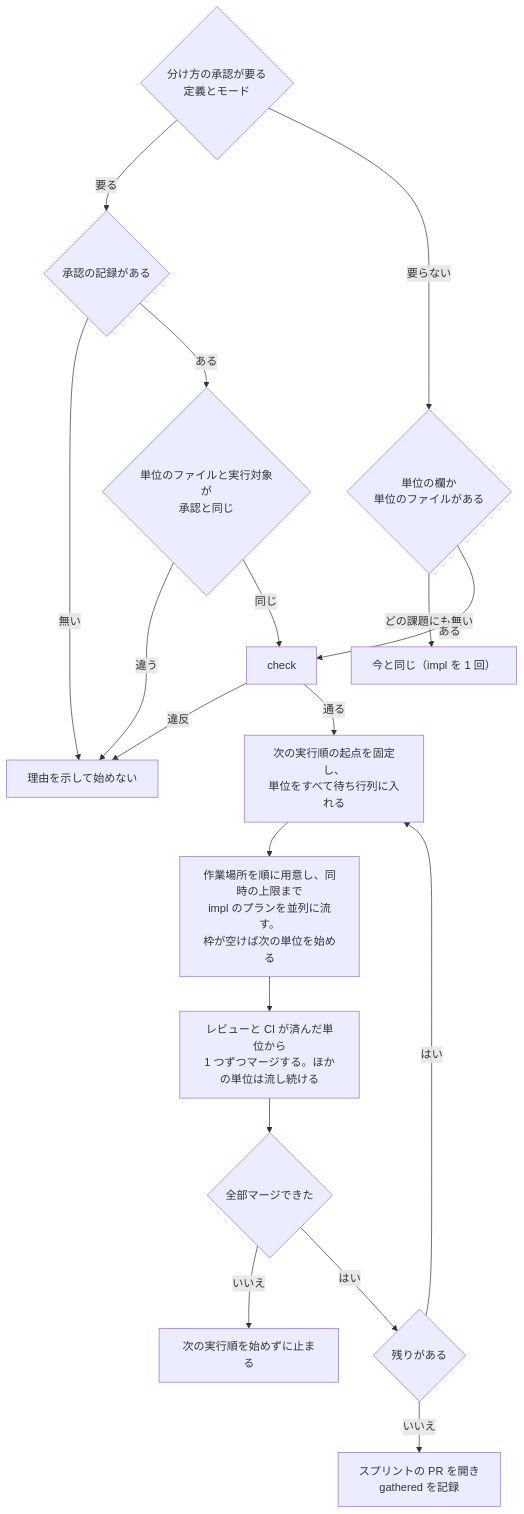
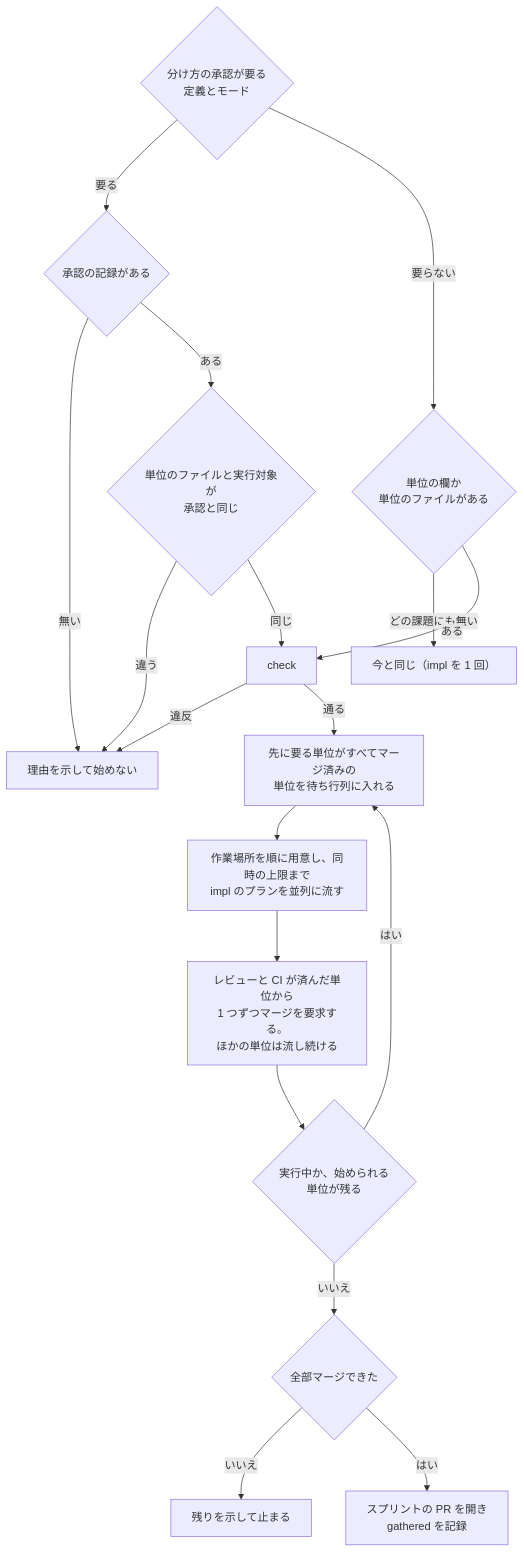
The fourth of 4 diagrams in issues/issue-3702-design.md (devbasex/ai-plugins), drawn with Mermaid before and after one commit. The commit also changed other lines of this file and 3 other files, not shown here.

````diff
--- a/issues/issue-3702-design.md
+++ b/issues/issue-3702-design.md
@@ -275,20 +287,20 @@
 ```mermaid
 flowchart TB
   R{"分け方の承認が要る<br/>定義とモード"} -->|要る| H{"承認の記録がある"}
   H -->|無い| X["理由を示して始めない"]
   H -->|ある| B{"単位のファイルと実行対象が<br/>承認と同じ"}
   B -->|違う| X
   B -->|同じ| C["check"]
   R -->|要らない| A{"単位の欄か<br/>単位のファイルがある"}
   A -->|どの課題にも無い| OLD["今と同じ（impl を 1 回）"]
   A -->|ある| C
   C -->|違反| X
-  C -->|通る| G["次の実行順の起点を固定し、<br/>単位をすべて待ち行列に入れる"]
-  G --> W["作業場所を順に用意し、同時の上限まで<br/>impl のプランを並列に流す。<br/>枠が空けば次の単位を始める"]
-  W --> M["レビューと CI が済んだ単位から<br/>1 つずつマージする。ほかの単位は流し続ける"]
-  M --> Q{"全部マージできた"}
-  Q -->|いいえ| Y["次の実行順を始めずに止まる"]
-  Q -->|はい| N{"残りがある"}
+  C -->|通る| G["先に要る単位がすべてマージ済みの<br/>単位を待ち行列に入れる"]
+  G --> W["作業場所を順に用意し、同時の上限まで<br/>impl のプランを並列に流す"]
+  W --> M["レビューと CI が済んだ単位から<br/>1 つずつマージを要求する。<br/>ほかの単位は流し続ける"]
+  M --> N{"実行中か、始められる<br/>単位が残る"}
   N -->|はい| G
-  N -->|いいえ| P["スプリントの PR を開き<br/>gathered を記録"]
+  N -->|いいえ| Q{"全部マージできた"}
+  Q -->|いいえ| Y["残りを示して止まる"]
+  Q -->|はい| P["スプリントの PR を開き<br/>gathered を記録"]
 ```
````
